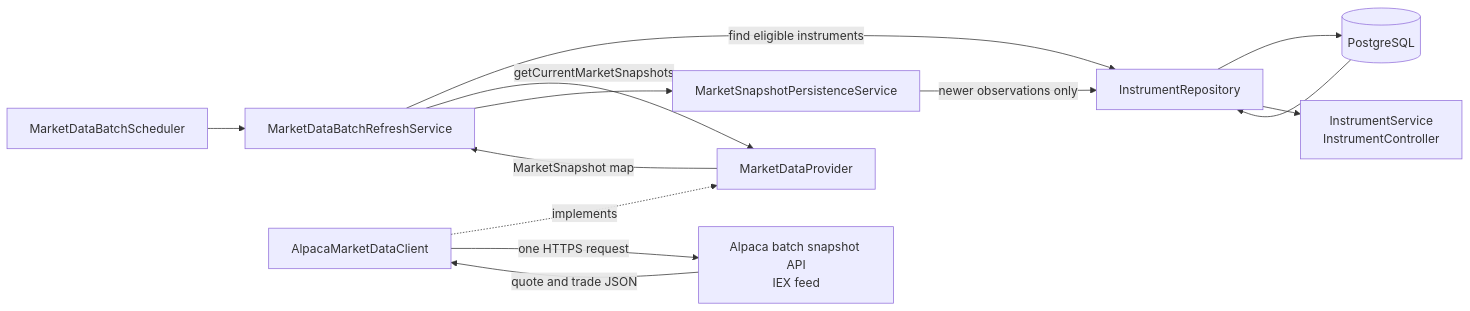
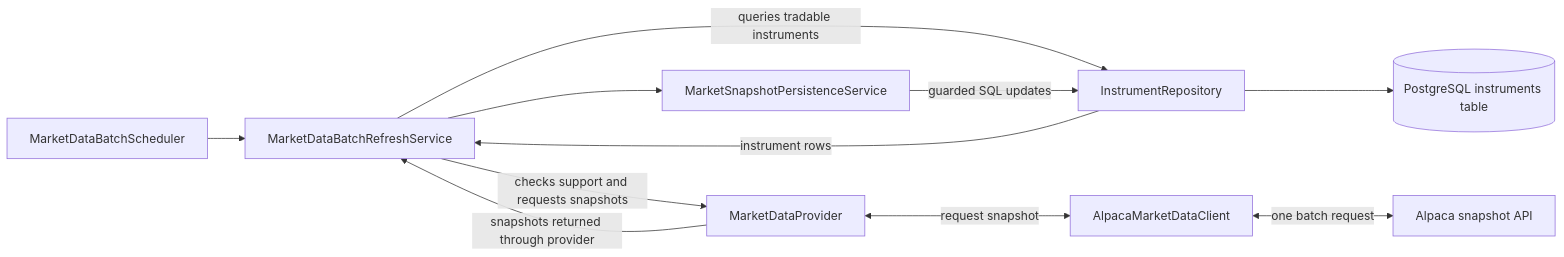
Before and after one commit to LeapOfLegends/Group-12-Backend: the diagram in Docs/market-data-architecture.md, drawn with Mermaid. The commit also changed other lines of this file and 1 other file, not shown here.

````diff
--- a/Docs/market-data-architecture.md
+++ b/Docs/market-data-architecture.md
@@ -115,25 +9,13 @@
 ```mermaid
 flowchart LR
-    Scheduler["MarketDataBatchScheduler"]
-    Refresh["MarketDataBatchRefreshService"]
-    Provider["MarketDataProvider"]
-    Client["AlpacaMarketDataClient"]
-    Alpaca["Alpaca batch snapshot API<br/>IEX feed"]
-    Persistence["MarketSnapshotPersistenceService"]
-    Repository["InstrumentRepository"]
-    Database[(PostgreSQL)]
-    InstrumentApi["InstrumentService<br/>InstrumentController"]
-
-    Scheduler --> Refresh
-    Refresh -->|find eligible instruments| Repository
-    Refresh -->|getCurrentMarketSnapshots| Provider
-    Client -. implements .-> Provider
-    Client -->|one HTTPS request| Alpaca
-    Alpaca -->|quote and trade JSON| Client
-    Provider -->|MarketSnapshot map| Refresh
-    Refresh --> Persistence
-    Persistence -->|newer observations only| Repository
-    Repository --> Database
-    Database --> Repository
-    Repository --> InstrumentApi
+    Scheduler[MarketDataBatchScheduler] --> Refresh[MarketDataBatchRefreshService]
+    Refresh -->|queries tradable instruments| Repository[InstrumentRepository]
+    Repository -->|instrument rows| Refresh
+    Refresh -->|checks support and requests snapshots| Provider[MarketDataProvider]
+    Provider <-->|request snapshot| Client[AlpacaMarketDataClient]
+    Client <-->|one batch request| Alpaca[Alpaca snapshot API]
+    Provider -->|snapshots returned through provider| Refresh
+    Refresh --> Persistence[MarketSnapshotPersistenceService]
+    Persistence -->|guarded SQL updates| Repository
+    Repository --> Database[(PostgreSQL instruments table)]
 ```
````
